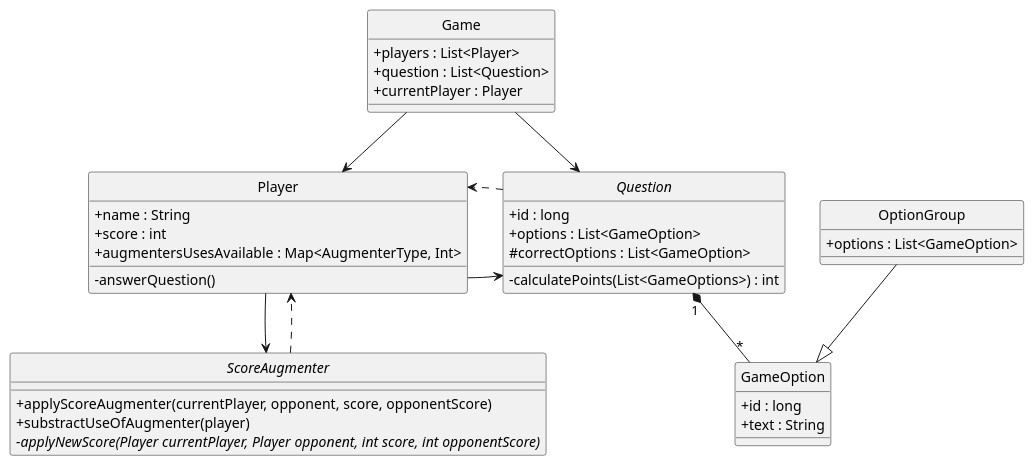
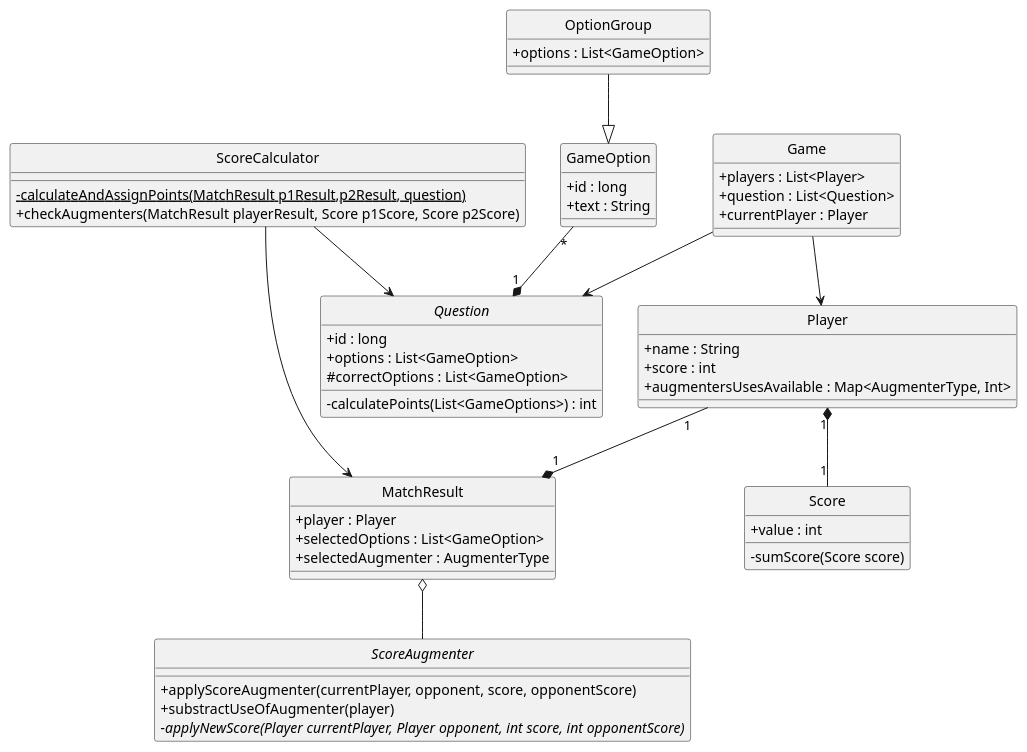
The diagram in docs/diagramaClases-Principal-TP2.plantuml (diegosanchez/TP2-Kahoot), drawn with PlantUML before and after one commit.

Commit message:
Actualización Diagrama Clases

```diff
--- a/docs/diagramaClases-Principal-TP2.plantuml
+++ b/docs/diagramaClases-Principal-TP2.plantuml
@@ -1,54 +1,71 @@
 @startuml DiagramaUML-Clases-TP2
 hide circle
 skinparam classAttributeIconSize 0
 
 abstract Question{
     + id : long
     + options : List<GameOption>
     # correctOptions : List<GameOption>
     - calculatePoints(List<GameOptions>) : int
 }
 
 class GameOption{
     + id : long
 	+ text : String
 }
 
 class OptionGroup{
     + options : List<GameOption>
 }
 
+class Score{
+    + value : int
+    - sumScore(Score score)
+}
+
 class Game{
     + players : List<Player>
 	+ question : List<Question>
 	+ currentPlayer : Player
 }
 
+class MatchResult{
+    + player : Player
+	+ selectedOptions : List<GameOption> 
+	+ selectedAugmenter : AugmenterType 
+}
+
+class ScoreCalculator{
+    - {static} calculateAndAssignPoints(MatchResult p1Result,p2Result, question)
+	+ checkAugmenters(MatchResult playerResult, Score p1Score, Score p2Score)
+}
+
 class Player{
     + name : String
 	+ score : int
 	+ augmentersUsesAvailable : Map<AugmenterType, Int>
-    - answerQuestion()
 }
 
 abstract ScoreAugmenter{
     + applyScoreAugmenter(currentPlayer, opponent, score, opponentScore)
     + substractUseOfAugmenter(player)
     - {abstract}applyNewScore(Player currentPlayer, Player opponent, int score, int opponentScore)
 }
 
 
-Game  -->  Question
-Game -->  Player
+Game  --down>  Question
+Game --down>  Player
 
 OptionGroup --|> GameOption
 
-Player --right> Question
-Question ..> Player
+ScoreCalculator --right> MatchResult
+ScoreCalculator --> Question
 
-Player --> ScoreAugmenter
-ScoreAugmenter ..> Player 
+MatchResult "1"*--up"1" Player
+MatchResult o-- ScoreAugmenter
 
-Question "1"*--"*" GameOption
+Player "1"*--"1" Score
+
+Question "1"*--up"*" GameOption
 
 @enduml
```
